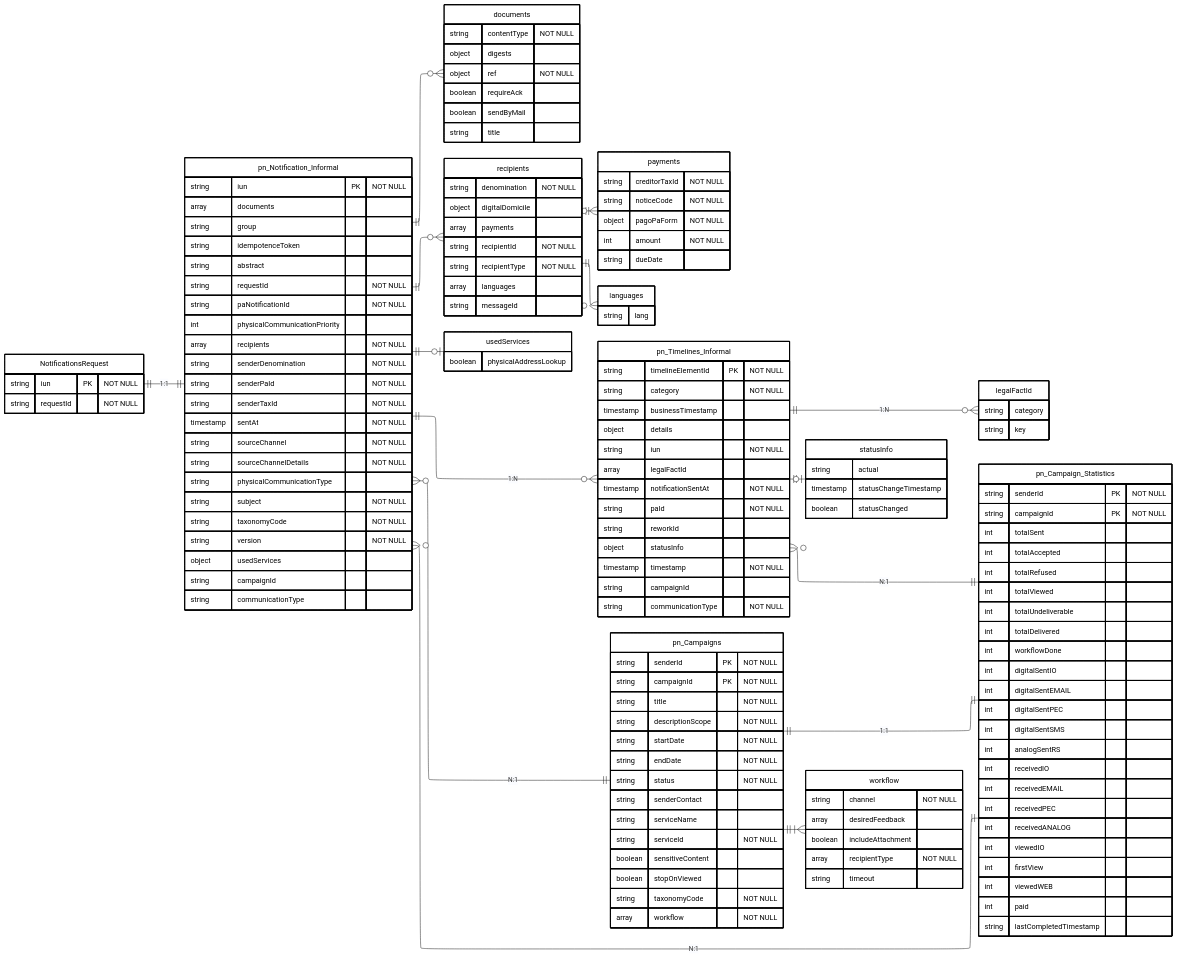
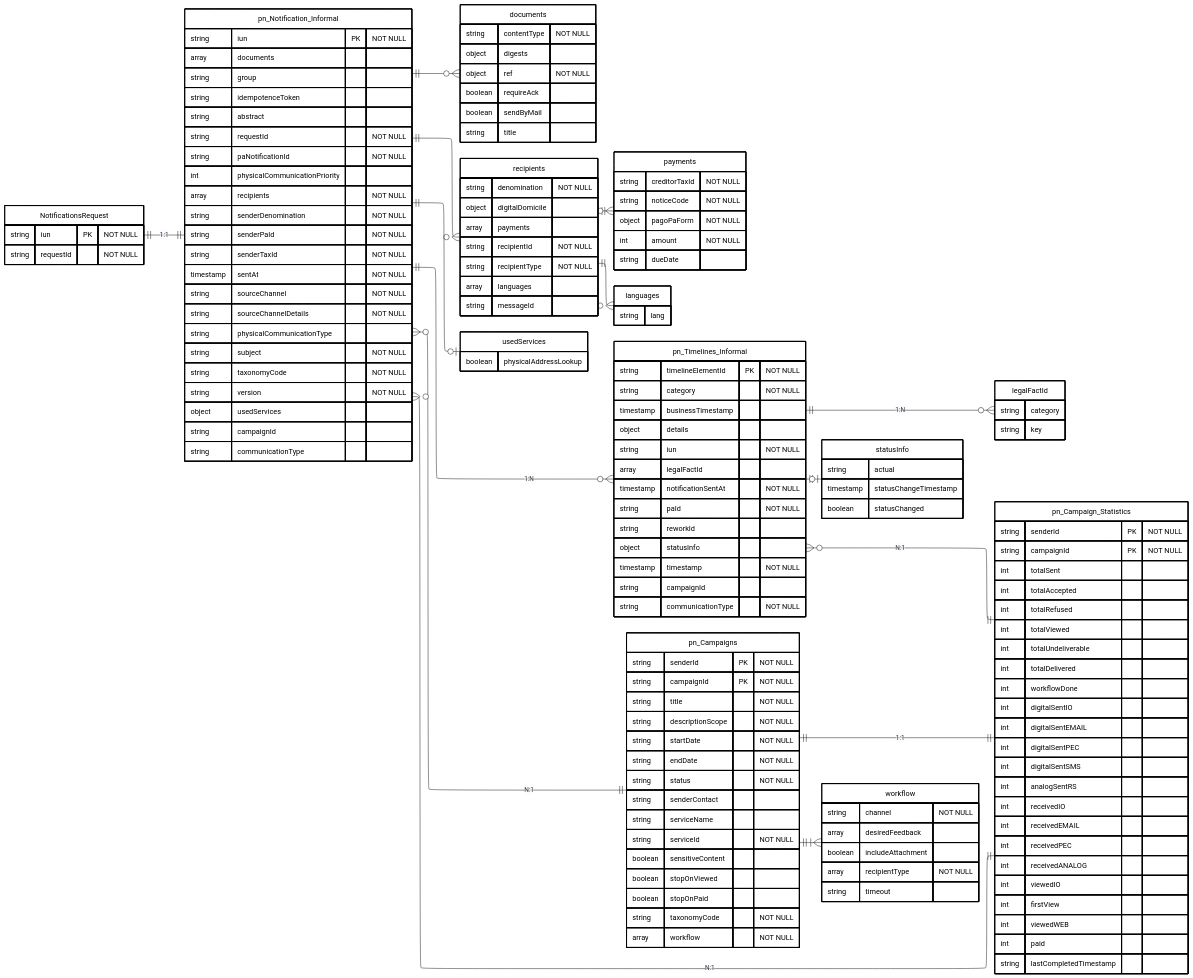
Before and after one commit to pagopa/pn-metrics: the diagram in send_diagrams/data-models/comunicazioni_bonarie/comunicazioni_bonarie.mmd, drawn with Mermaid.

Commit message:
[SNDM-305] feat: add stopOnPaid attribute to pn_Notification_Informal model

```diff
--- a/send_diagrams/data-models/comunicazioni_bonarie/comunicazioni_bonarie.mmd
+++ b/send_diagrams/data-models/comunicazioni_bonarie/comunicazioni_bonarie.mmd
@@ -115,6 +115,7 @@
         string serviceId "NOT NULL"
         boolean sensitiveContent
         boolean stopOnViewed
+        boolean stopOnPaid
         string taxonomyCode "NOT NULL"
         array workflow "NOT NULL"
     }
```
